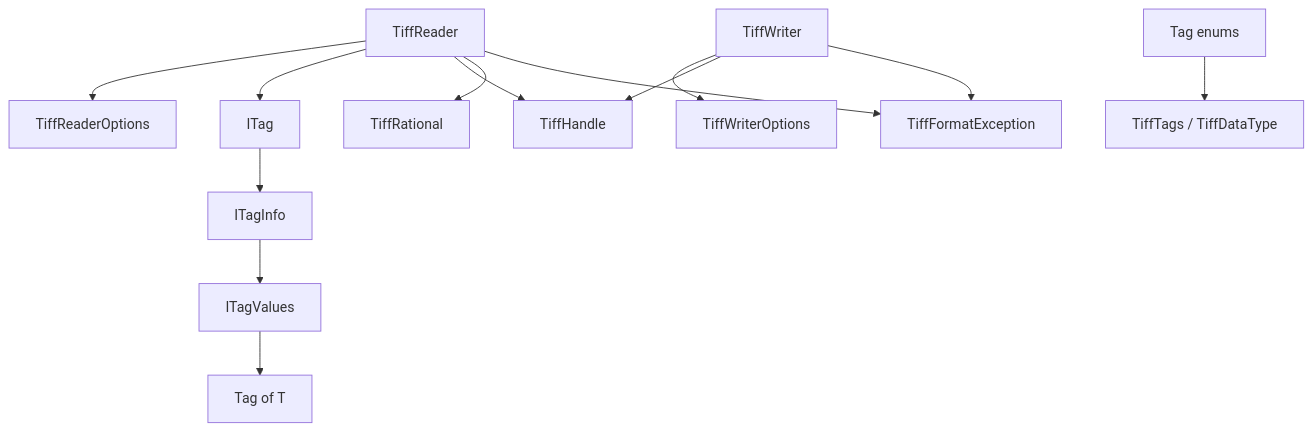
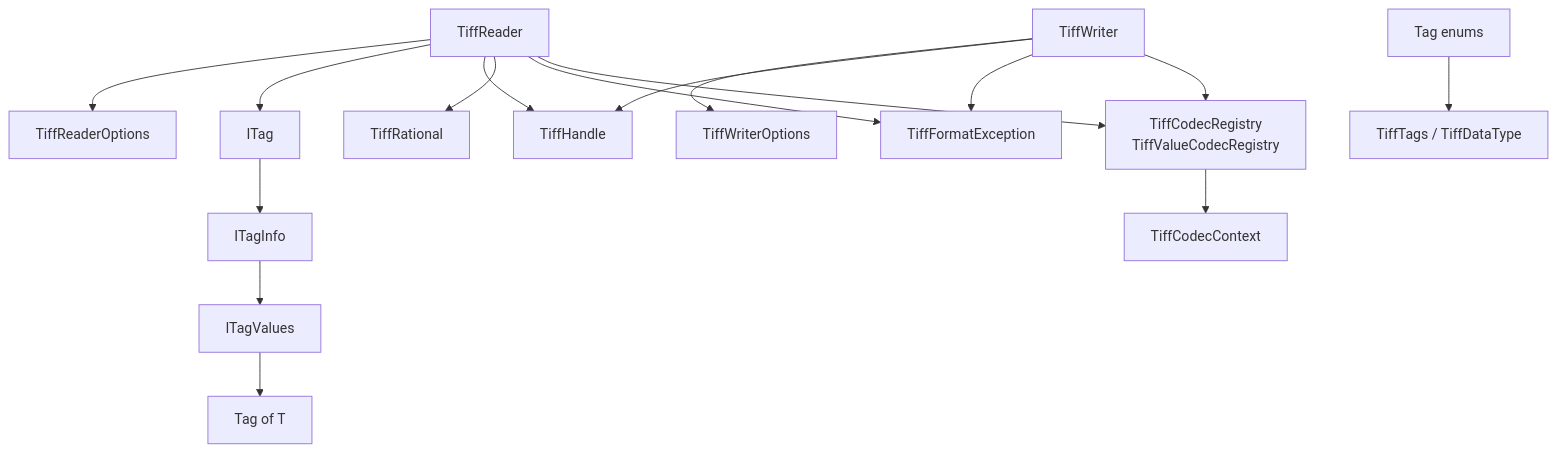
One commit to saraff-9EB1047A4BEB4cef8506B29BA325BD5A/saraff-9EB1047A4BEB4cef8506B29BA325BD5A.github.io changed the diagram in sarafftiff/api.md. Above: the diagram before and after it, drawn with Mermaid. The commit also changed other lines of this file and 9 other files, not shown here.

````diff
--- a/sarafftiff/api.md
+++ b/sarafftiff/api.md
@@ -16,15 +17,18 @@
 ```mermaid
 flowchart TB
     Reader["TiffReader"] --> ROptions["TiffReaderOptions"]
     Writer["TiffWriter"] --> WOptions["TiffWriterOptions"]
     Reader --> ITag["ITag"]
     ITag --> ITagInfo["ITagInfo"]
     ITagInfo --> ITagValues["ITagValues"]
     ITagValues --> Tag["Tag of T"]
     Reader --> Handle["TiffHandle"]
     Writer --> Handle
     Reader --> Rational["TiffRational"]
     Reader --> FormatError["TiffFormatException"]
     Writer --> FormatError
+    Reader --> Registries["TiffCodecRegistry<br/>TiffValueCodecRegistry"]
+    Writer --> Registries
+    Registries --> CodecContext["TiffCodecContext"]
     API["Tag enums"] --> Types["TiffTags / TiffDataType"]
 ```
````
